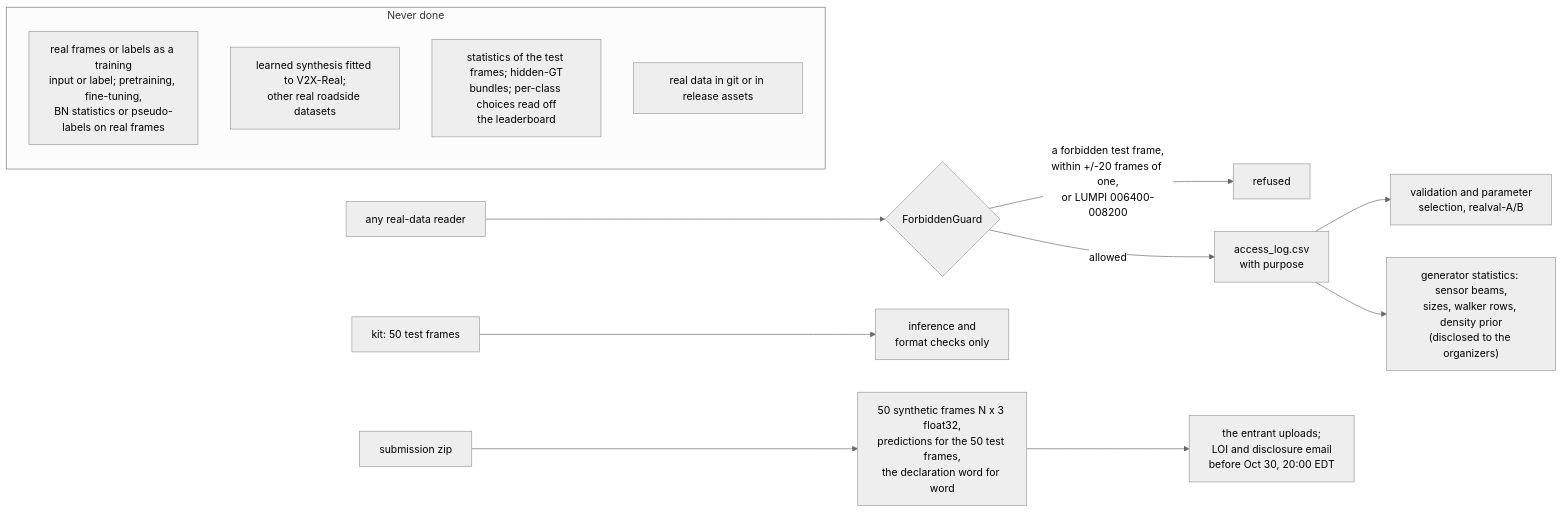
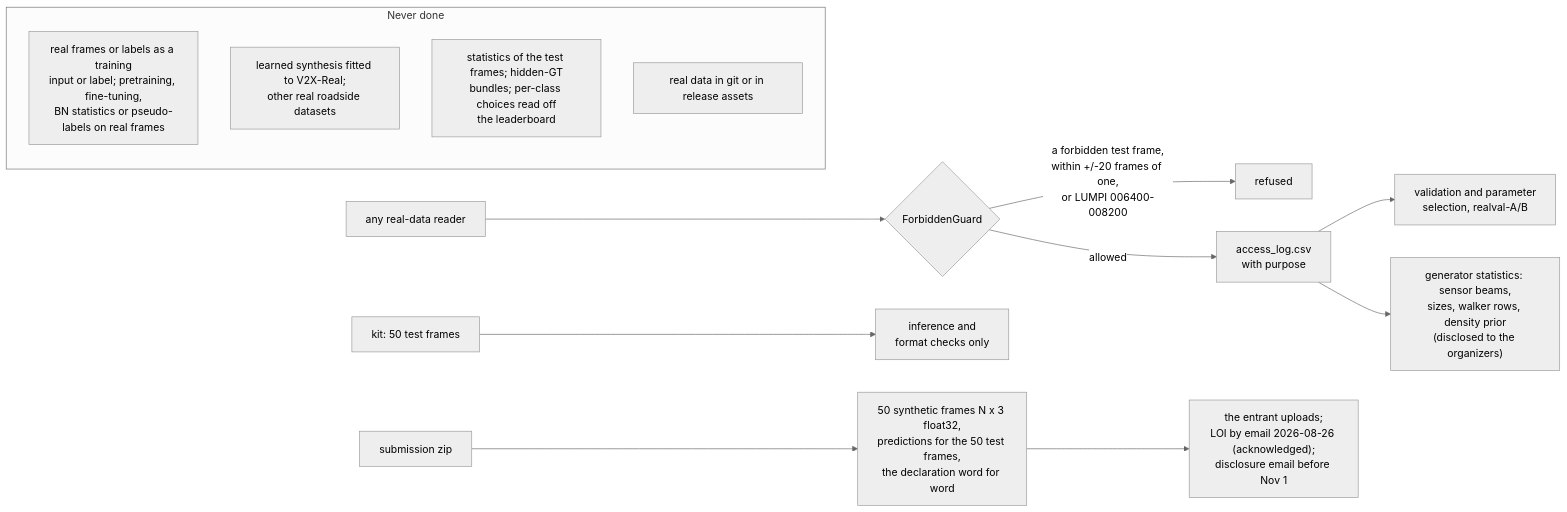
The third of 3 diagrams in README.md (karmarv/utsim2real-bdc26), drawn with Mermaid (neutral theme) before and after one commit. The commit also changed other lines of this file and 9 other files, not shown here.

````diff
--- a/README.md
+++ b/README.md
@@ -111,17 +111,17 @@
 ```mermaid
 flowchart LR
   RD["any real-data reader"] --> GD{"ForbiddenGuard"}
   GD -->|"a forbidden test frame,<br/>within +/-20 frames of one,<br/>or LUMPI 006400-008200"| X["refused"]
   GD -->|allowed| LOG["access_log.csv<br/>with purpose"]
   LOG --> VAL["validation and parameter<br/>selection, realval-A/B"]
   LOG --> STAT["generator statistics: sensor beams,<br/>sizes, walker rows, density prior<br/>(disclosed to the organizers)"]
   KITF["kit: 50 test frames"] --> ONLY["inference and<br/>format checks only"]
   ZIP["submission zip"] --> DECL["50 synthetic frames N x 3 float32,<br/>predictions for the 50 test frames,<br/>the declaration word for word"]
-  DECL --> ENT["the entrant uploads;<br/>LOI and disclosure email<br/>before Oct 30, 20:00 EDT"]
+  DECL --> ENT["the entrant uploads;<br/>LOI by email 2026-08-26 (acknowledged);<br/>disclosure email before Nov 1"]
   subgraph NEVER["Never done"]
     N1["real frames or labels as a training<br/>input or label; pretraining, fine-tuning,<br/>BN statistics or pseudo-labels on real frames"]
     N2["learned synthesis fitted to V2X-Real;<br/>other real roadside datasets"]
     N3["statistics of the test frames; hidden-GT<br/>bundles; per-class choices read off<br/>the leaderboard"]
     N4["real data in git or in release assets"]
   end
 ```
````
